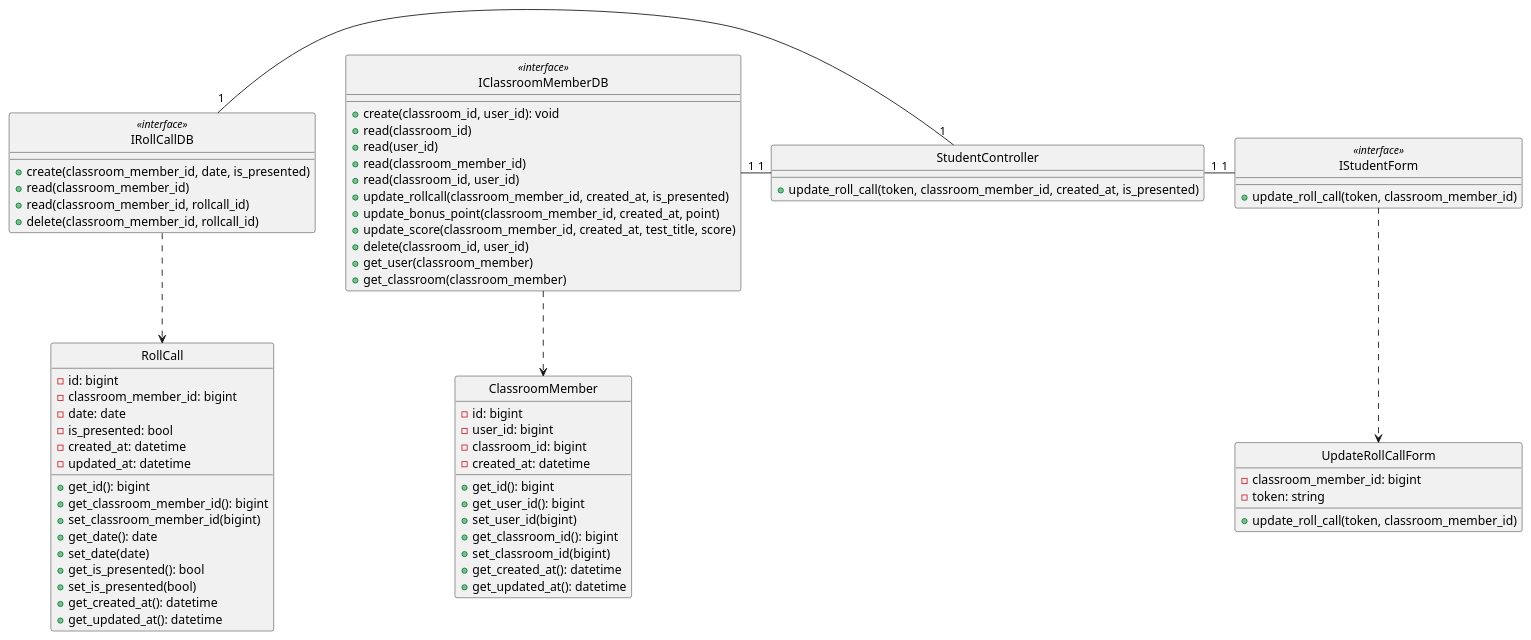
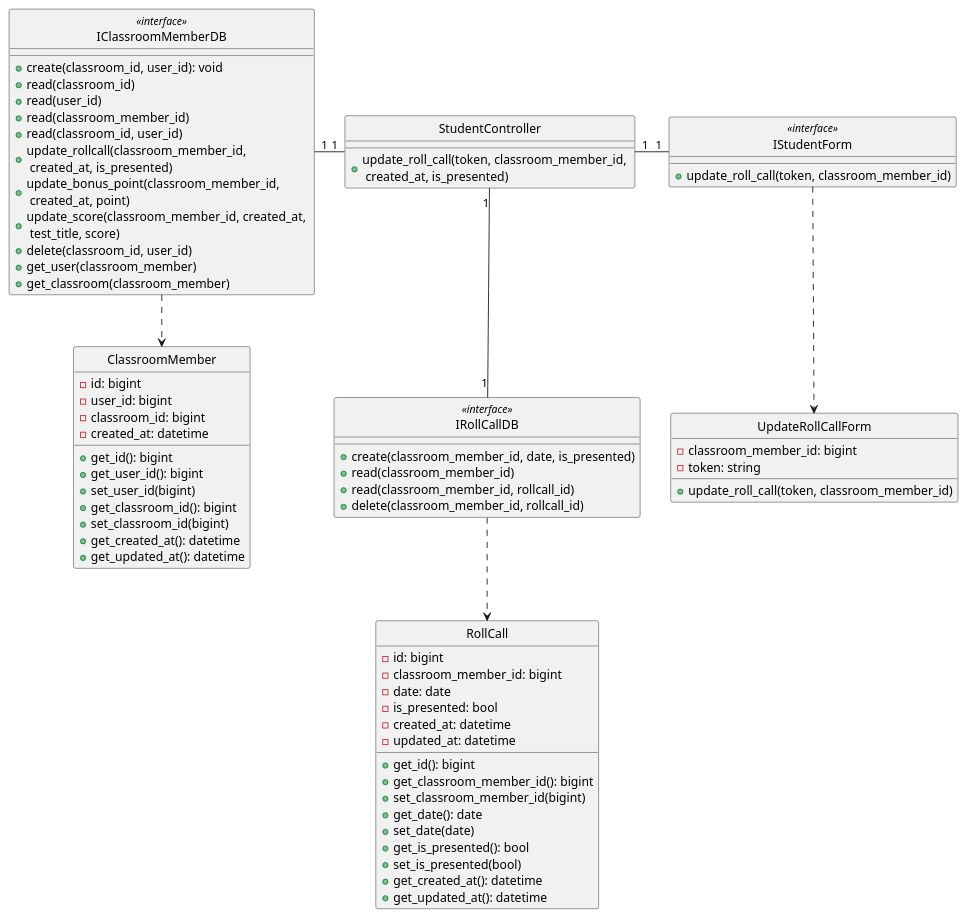
One commit to anonyhostvn/OOAD-Diagram changed the diagram in class - design/rollcall/updateRollCall.plantuml. Above: the diagram before and after it, drawn with PlantUML. The commit also changed 9 other files, not shown here.

Commit message:
shorten diagram

```diff
--- a/class - design/rollcall/updateRollCall.plantuml
+++ b/class - design/rollcall/updateRollCall.plantuml
@@ -1,91 +1,91 @@
-@startuml addStudent
+@startuml updateRollCall
 
 class UpdateRollCallForm {
     - classroom_member_id: bigint
     - token: string
 
     + update_roll_call(token, classroom_member_id)
 }
 
 class IStudentForm <<interface>> {
     + update_roll_call(token, classroom_member_id)
 }
 
 class StudentController {
-    + update_roll_call(token, classroom_member_id, created_at, is_presented)
+    + update_roll_call(token, classroom_member_id, \n created_at, is_presented)
 }
 
 class ClassroomMember {
     - id: bigint
     - user_id: bigint
     - classroom_id: bigint
     - created_at: datetime
 
     + get_id(): bigint
     + get_user_id(): bigint
     + set_user_id(bigint)
     + get_classroom_id(): bigint
     + set_classroom_id(bigint)
     + get_created_at(): datetime
     + get_updated_at(): datetime
 }
 
 class IClassroomMemberDB <<interface>> {
     + create(classroom_id, user_id): void
     + read(classroom_id)
     + read(user_id)
     + read(classroom_member_id)
     + read(classroom_id, user_id)
-    + update_rollcall(classroom_member_id, created_at, is_presented)
-    + update_bonus_point(classroom_member_id, created_at, point)
-    + update_score(classroom_member_id, created_at, test_title, score)
+    + update_rollcall(classroom_member_id, \n created_at, is_presented)
+    + update_bonus_point(classroom_member_id, \n created_at, point)
+    + update_score(classroom_member_id, created_at, \n test_title, score)
     + delete(classroom_id, user_id)
     + get_user(classroom_member)
     + get_classroom(classroom_member)
 }
 
 
 class RollCall {
     - id: bigint
     - classroom_member_id: bigint
     - date: date
     - is_presented: bool
     - created_at: datetime
     - updated_at: datetime
 
     + get_id(): bigint
     + get_classroom_member_id(): bigint
     + set_classroom_member_id(bigint)
     + get_date(): date
     + set_date(date)
     + get_is_presented(): bool
     + set_is_presented(bool)
     + get_created_at(): datetime
     + get_updated_at(): datetime
 }
 
 class IRollCallDB <<interface>> {
     + create(classroom_member_id, date, is_presented)
     + read(classroom_member_id)
     + read(classroom_member_id, rollcall_id)
     + delete(classroom_member_id, rollcall_id)
 }
 
 hide UpdateRollCallForm circle
 hide IStudentForm <<interface>> circle
 hide StudentController circle
 hide IClassroomMemberDB <<interface>> circle
 hide ClassroomMember circle
 hide IRollCallDB <<interface>> circle
 hide RollCall circle
 
 
 IStudentForm .down.> UpdateRollCallForm
 IClassroomMemberDB .down.> ClassroomMember
 IRollCallDB .down.> RollCall
 IStudentForm "1"-left-"1" StudentController
 StudentController "1"-left-"1" IClassroomMemberDB
-StudentController "1"-left-"1" IRollCallDB
+StudentController "1"-down-"1" IRollCallDB
 
 
 @enduml
```
